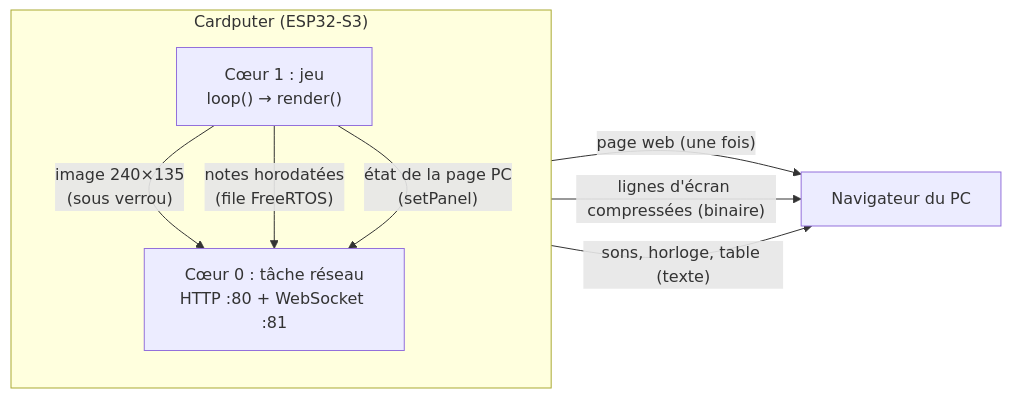
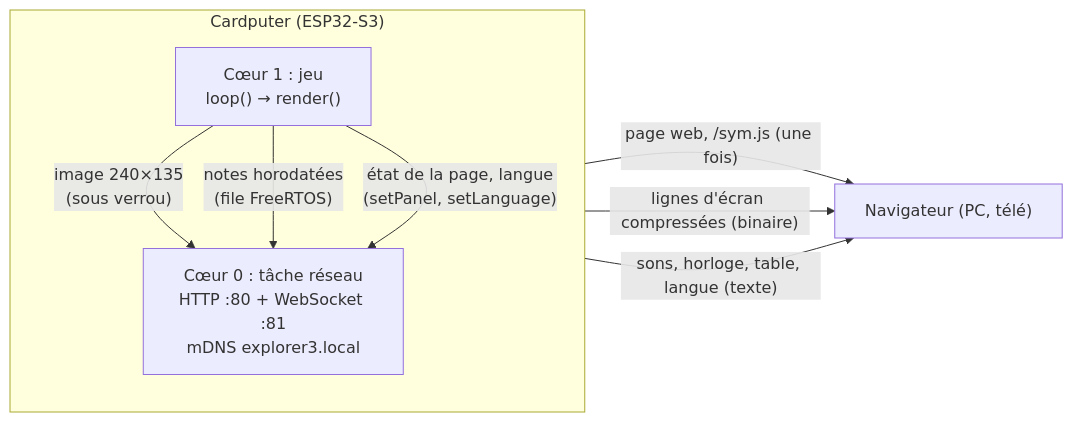
One commit to RyoSaeba89/Escape-Game-Cardputer changed the second of 2 diagrams in docs/TECHNIQUE.md. Above: the diagram before and after it, drawn with Mermaid. The commit also changed other lines of this file and 5 other files, not shown here.

````diff
--- a/docs/TECHNIQUE.md
+++ b/docs/TECHNIQUE.md
@@ -227,13 +261,13 @@
 ```mermaid
 flowchart LR
     subgraph Cardputer["Cardputer (ESP32-S3)"]
         direction TB
         G["Cœur 1 : jeu<br/>loop() → render()"] -->|"image 240×135<br/>(sous verrou)"| N
         G -->|"notes horodatées<br/>(file FreeRTOS)"| N
-        G -->|"état de la page PC<br/>(setPanel)"| N
-        N["Cœur 0 : tâche réseau<br/>HTTP :80 + WebSocket :81"]
+        G -->|"état de la page, langue<br/>(setPanel, setLanguage)"| N
+        N["Cœur 0 : tâche réseau<br/>HTTP :80 + WebSocket :81<br/>mDNS explorer3.local"]
     end
-    N -->|"page web (une fois)"| B["Navigateur du PC"]
+    N -->|"page web, /sym.js (une fois)"| B["Navigateur (PC, télé)"]
     N -->|"lignes d'écran compressées (binaire)"| B
-    N -->|"sons, horloge, table (texte)"| B
+    N -->|"sons, horloge, table, langue (texte)"| B
 ```
````
